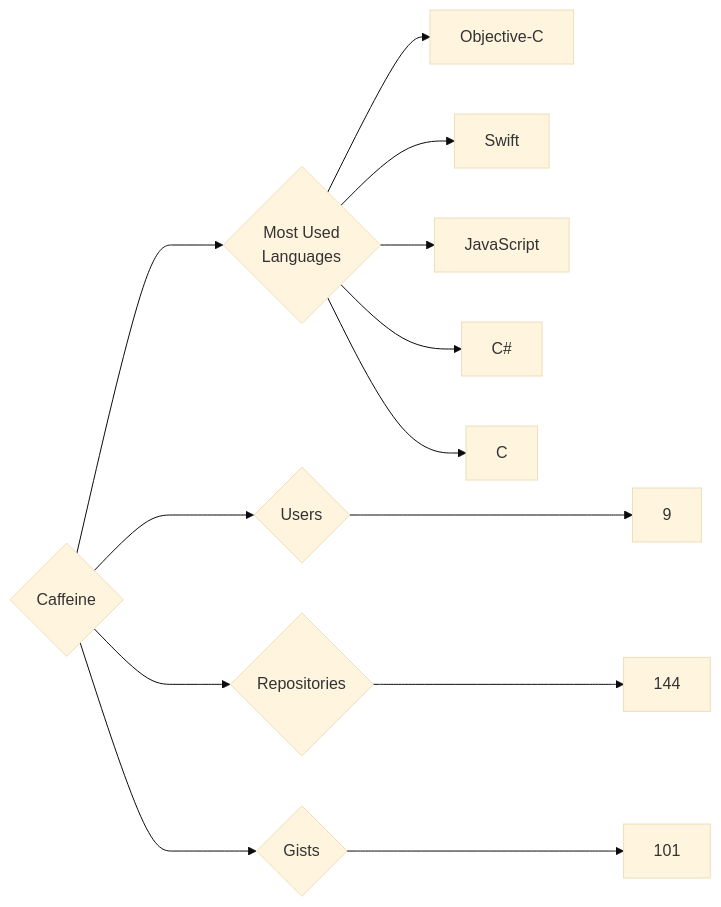
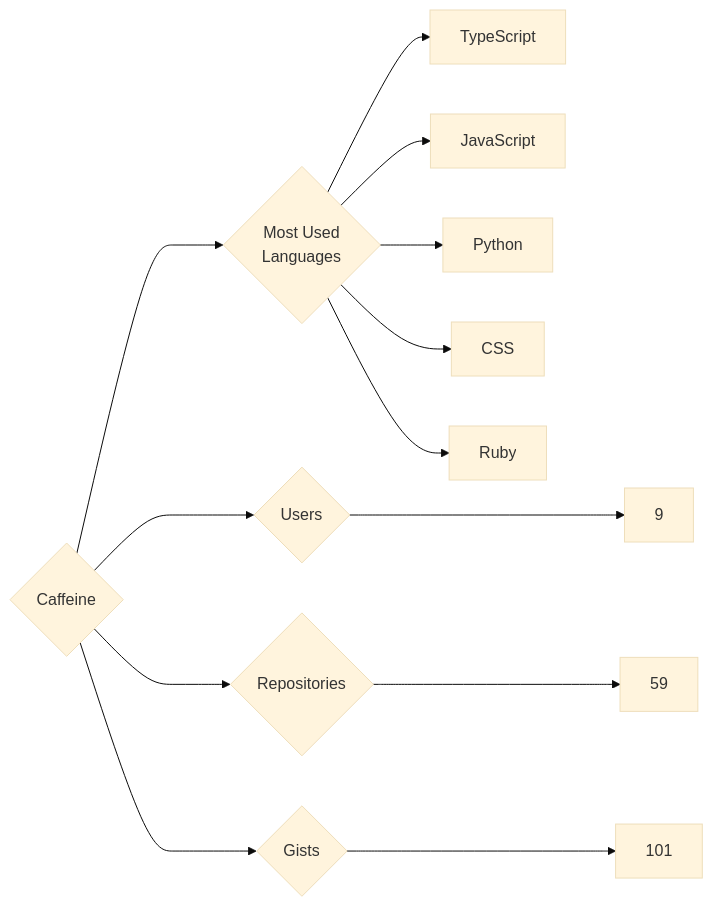
Before and after one commit to trickest/insiders: the diagram in targets/Caffeine/README.md, drawn with Mermaid (base theme). The commit also changed 749 other files, not shown here.

````diff
--- a/targets/Caffeine/README.md
+++ b/targets/Caffeine/README.md
@@ -3,13 +3,13 @@
 ```mermaid
 graph LR
 COMPANY_NAME{Caffeine}
 COMPANY_NAME ---> U{Users} ---> UN[9]
-COMPANY_NAME ---> R{Repositories} ---> RN[144]
+COMPANY_NAME ---> R{Repositories} ---> RN[59]
 COMPANY_NAME ---> G{Gists} ---> GN[101]
 COMPANY_NAME ---> ML{Most Used<br>Languages}
-ML --> Objective-C[Objective-C]
-ML --> Swift[Swift]
+ML --> TypeScript[TypeScript]
 ML --> JavaScript[JavaScript]
-ML --> C#[C#]
-ML --> C[C]
+ML --> Python[Python]
+ML --> CSS[CSS]
+ML --> Ruby[Ruby]
 ```
````
